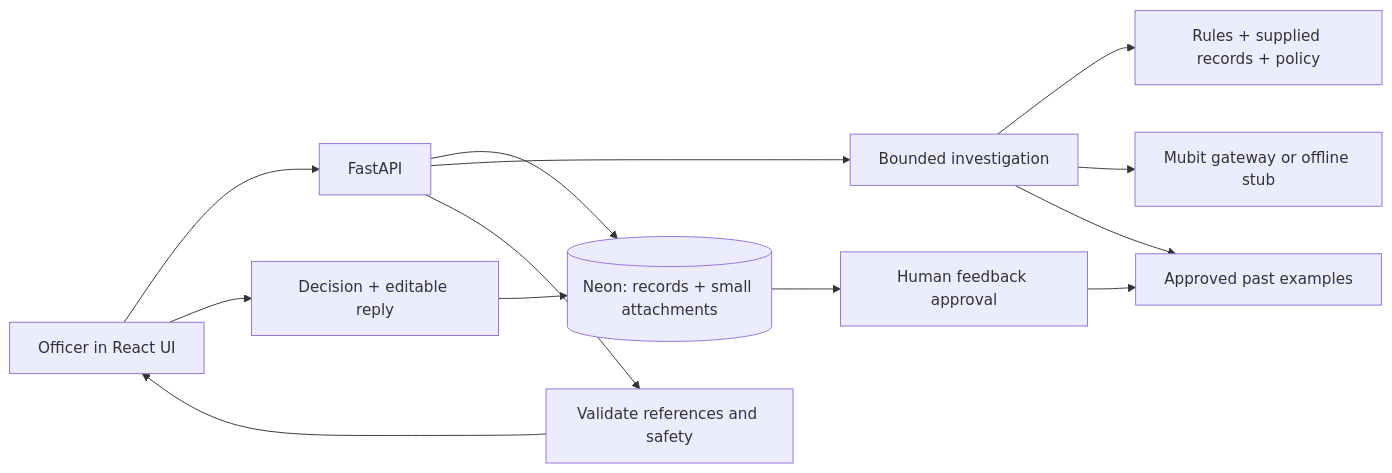
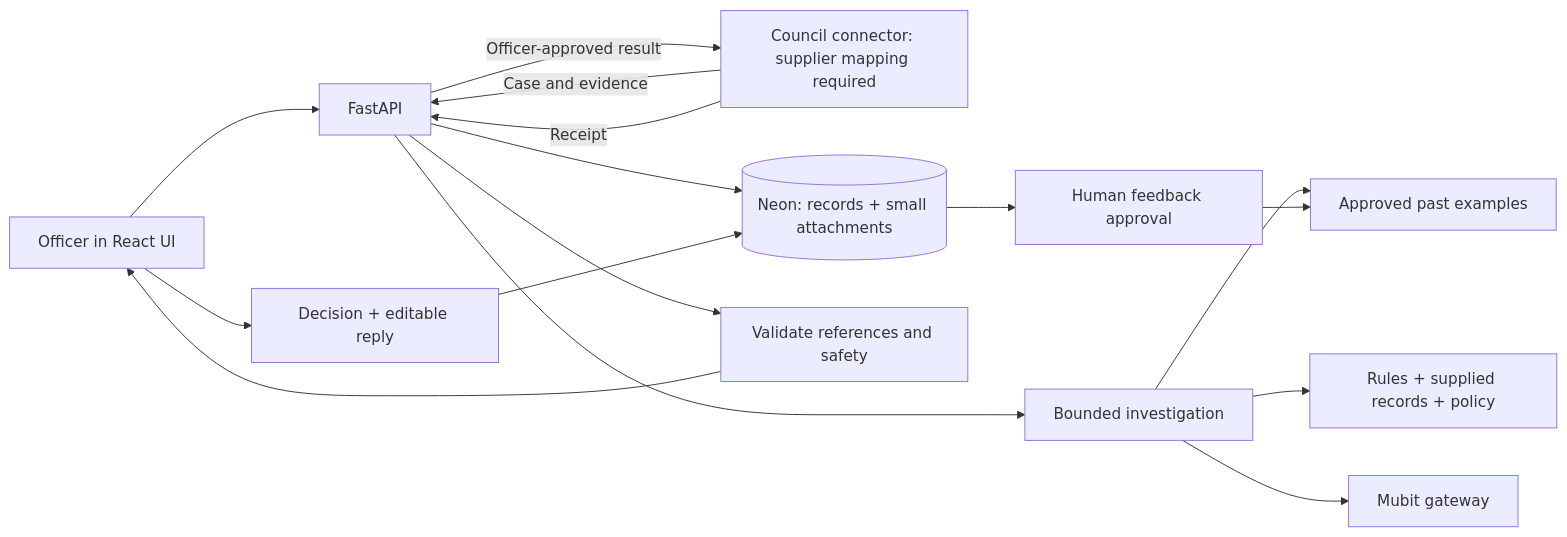
Before and after one commit to Shiv716/Mubit_Hunters: the diagram in README.md, drawn with Mermaid. The commit also changed other lines of this file and 23 other files, not shown here.

Commit message:
Add council exchange workflow with Mubit review and delivery receipts

````diff
--- a/README.md
+++ b/README.md
@@ -29,15 +30,18 @@
 ```mermaid
 flowchart LR
   Officer[Officer in React UI] --> API[FastAPI]
+  Connector[Council connector: supplier mapping required] -->|Case and evidence| API
+  API -->|Officer-approved result| Connector
+  Connector -->|Receipt| API
   API --> DB[(Neon: records + small attachments)]
   API --> Agent[Bounded investigation]
   Agent --> Checks[Rules + supplied records + policy]
-  Agent --> Model[Mubit gateway or offline stub]
+  Agent --> Model[Mubit gateway]
   Agent --> Past[Approved past examples]
   API --> Guard[Validate references and safety]
   Guard --> Officer
   Officer --> Decision[Decision + editable reply]
   Decision --> DB
   DB --> QA[Human feedback approval]
   QA --> Past
 ```
````
